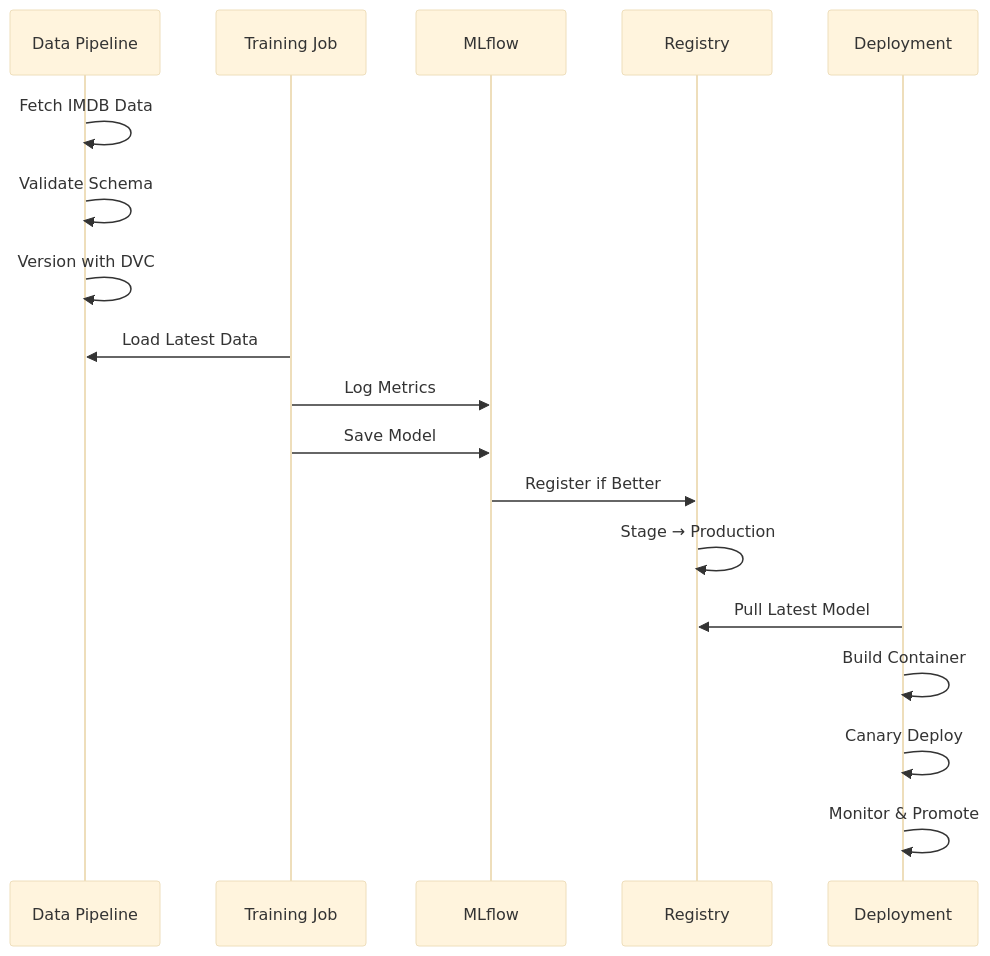
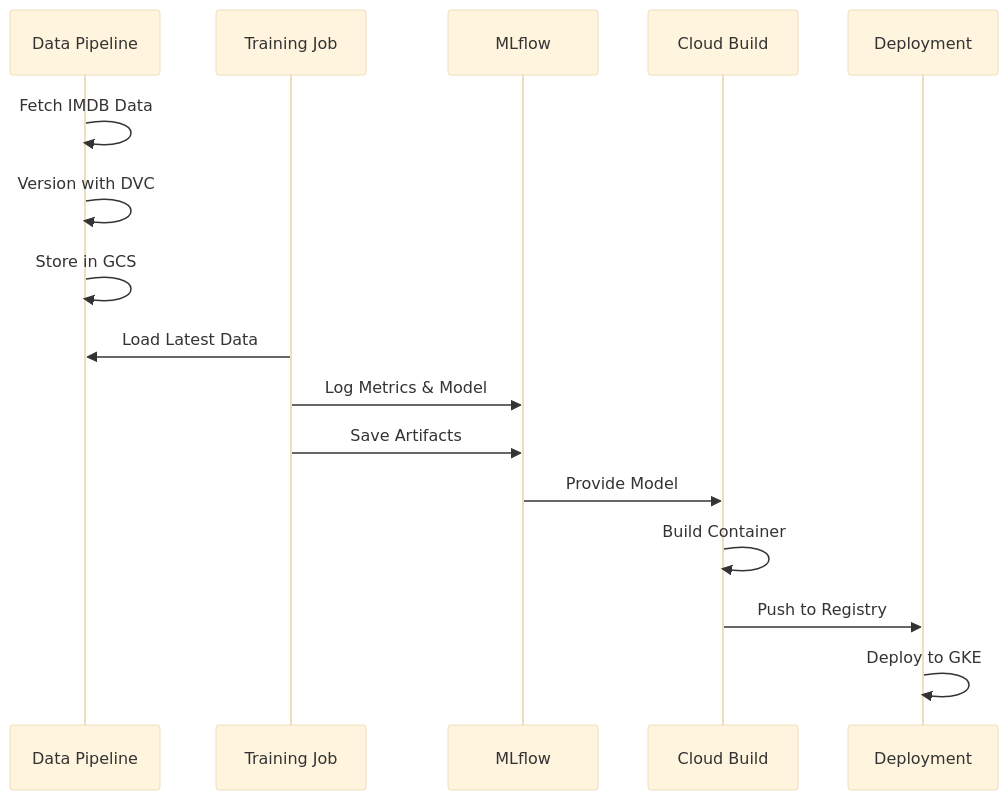
The second of 2 diagrams in README.md (Ri-Hong/DistilBERT-Sentiment-Analysis), drawn with Mermaid (base theme) before and after one commit. The commit also changed other lines of this file, not shown here.

````diff
--- a/README.md
+++ b/README.md
@@ -158,24 +148,22 @@
 ```mermaid
 sequenceDiagram
     participant Data as Data Pipeline
     participant Train as Training Job
     participant MLflow
-    participant Registry
+    participant Build as Cloud Build
     participant Deploy as Deployment
 
     Data->>Data: Fetch IMDB Data
-    Data->>Data: Validate Schema
     Data->>Data: Version with DVC
+    Data->>Data: Store in GCS
 
     Train->>Data: Load Latest Data
-    Train->>MLflow: Log Metrics
-    Train->>MLflow: Save Model
+    Train->>MLflow: Log Metrics & Model
+    Train->>MLflow: Save Artifacts
 
-    MLflow->>Registry: Register if Better
-    Registry->>Registry: Stage → Production
+    MLflow->>Build: Provide Model
+    Build->>Build: Build Container
+    Build->>Deploy: Push to Registry
 
-    Deploy->>Registry: Pull Latest Model
-    Deploy->>Deploy: Build Container
-    Deploy->>Deploy: Canary Deploy
-    Deploy->>Deploy: Monitor & Promote
+    Deploy->>Deploy: Deploy to GKE
 ```
````
